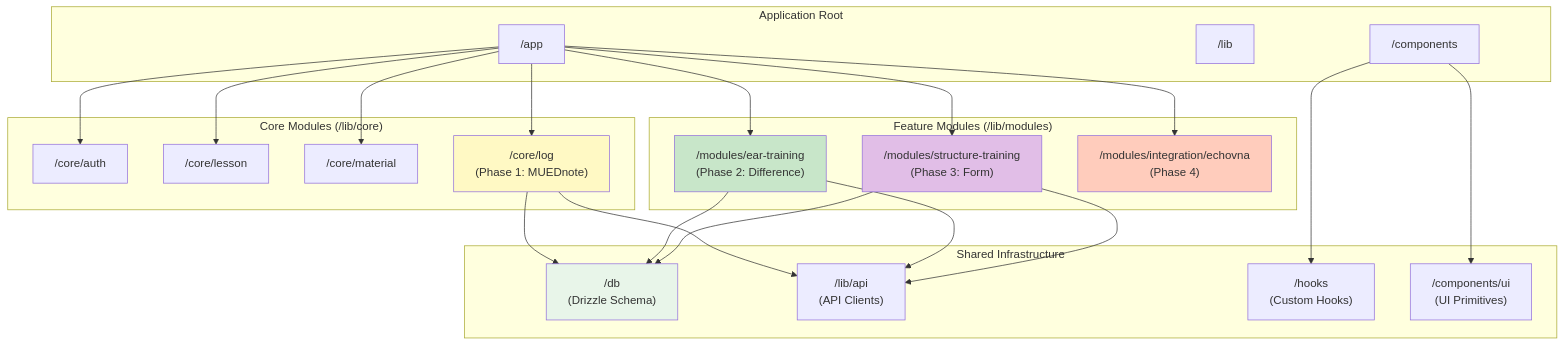
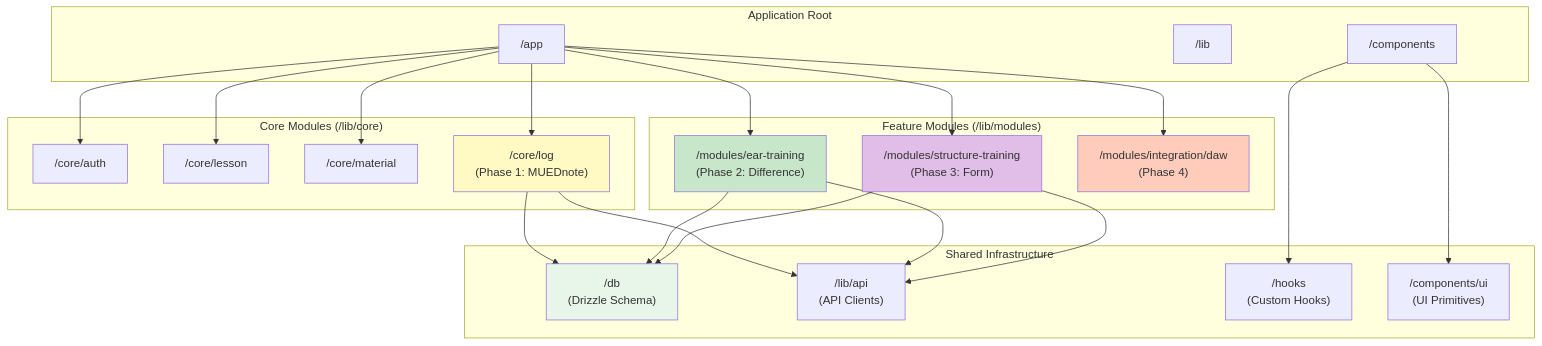
The eighth of 9 diagrams in docs/architecture/SYSTEM_ARCHITECTURE.md (kimny1143/mued_v2), drawn with Mermaid before and after one commit. The commit also changed other lines of this file and 2 other files, not shown here.

First line of the commit message:
docs: Phase 4 Echovna→DAW統合に修正、AI モデル・実装乖離を文書化

````diff
--- a/docs/architecture/SYSTEM_ARCHITECTURE.md
+++ b/docs/architecture/SYSTEM_ARCHITECTURE.md
@@ -576,54 +576,54 @@
 ```mermaid
 graph TD
     subgraph "Application Root"
         App["/app"]
         Lib["/lib"]
         Components["/components"]
     end
 
     subgraph "Core Modules (/lib/core)"
         CoreAuth["/core/auth"]
         CoreLesson["/core/lesson"]
         CoreMaterial["/core/material"]
         CoreLog["/core/log<br/>(Phase 1: MUEDnote)"]
     end
 
     subgraph "Feature Modules (/lib/modules)"
         EarTraining["/modules/ear-training<br/>(Phase 2: Difference)"]
         StructureTraining["/modules/structure-training<br/>(Phase 3: Form)"]
-        Echovna["/modules/integration/echovna<br/>(Phase 4)"]
+        DAWIntegration["/modules/integration/daw<br/>(Phase 4)"]
     end
 
     subgraph "Shared Infrastructure"
         DB["/db<br/>(Drizzle Schema)"]
         API["/lib/api<br/>(API Clients)"]
         Hooks["/hooks<br/>(Custom Hooks)"]
         UI["/components/ui<br/>(UI Primitives)"]
     end
 
     App --> CoreAuth
     App --> CoreLesson
     App --> CoreMaterial
     App --> CoreLog
 
     App --> EarTraining
     App --> StructureTraining
-    App --> Echovna
+    App --> DAWIntegration
 
     CoreLog --> DB
     EarTraining --> DB
     StructureTraining --> DB
 
     CoreLog --> API
     EarTraining --> API
     StructureTraining --> API
 
     Components --> UI
     Components --> Hooks
 
     style CoreLog fill:#fff9c4
     style EarTraining fill:#c8e6c9
     style StructureTraining fill:#e1bee7
-    style Echovna fill:#ffccbc
+    style DAWIntegration fill:#ffccbc
     style DB fill:#e8f5e9
 ```
````
